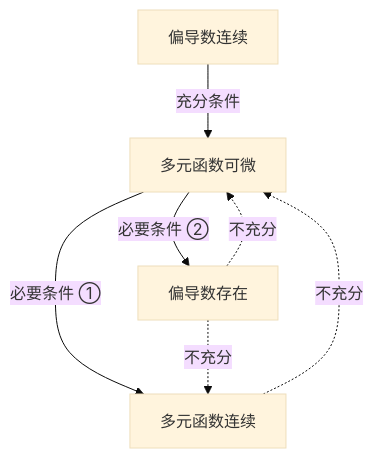
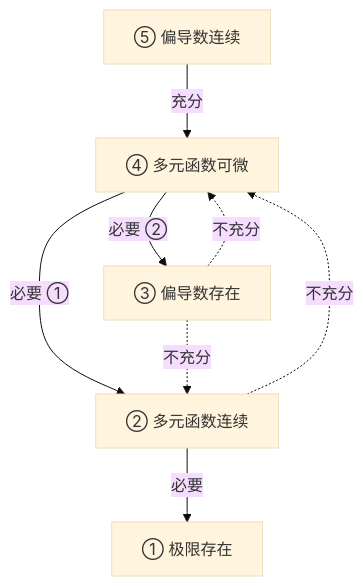
The second of 2 diagrams in 04_数学大观/高数大观/多元微分/多元微分 MOC.md (priceHE2002/Obsidian), drawn with Mermaid (base theme) before and after one commit. The commit also changed other lines of this file and 4 other files, not shown here.

````diff
--- a/04_数学大观/高数大观/多元微分/多元微分 MOC.md
+++ b/04_数学大观/高数大观/多元微分/多元微分 MOC.md
@@ -25,9 +48,10 @@
 ```mermaid
 flowchart TD
-    PC[偏导数连续] -->|充分条件| DW[多元函数可微]
-    DW -->|必要条件 ①| LC[多元函数连续]
-    DW -->|必要条件 ②| PD[偏导数存在]
+    PC[⑤ 偏导数连续] -->|充分| DW[④ 多元函数可微]
+    DW -->|必要 ①| LC[② 多元函数连续]
+    DW -->|必要 ②| PD[③ 偏导数存在]
+    LC -->|必要| LM[① 极限存在]
+    PD -.->|不充分| LC
     LC -.->|不充分| DW
     PD -.->|不充分| DW
-    PD -.->|不充分| LC
 ```
````
